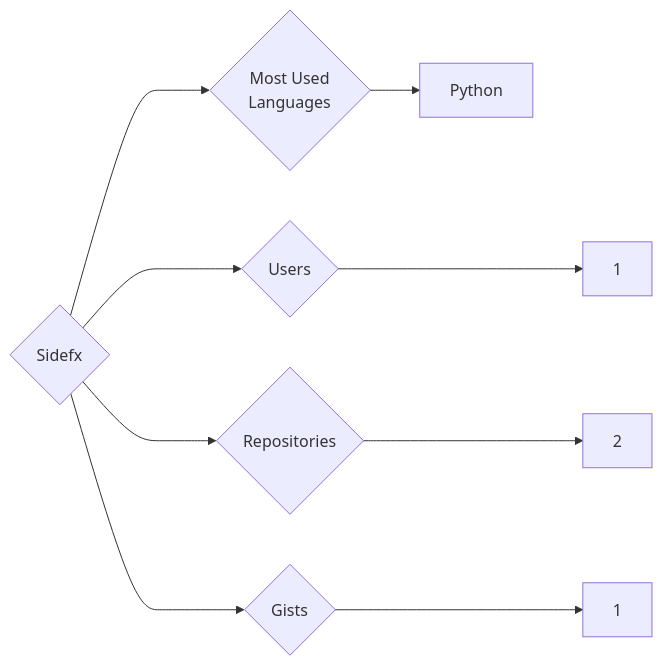
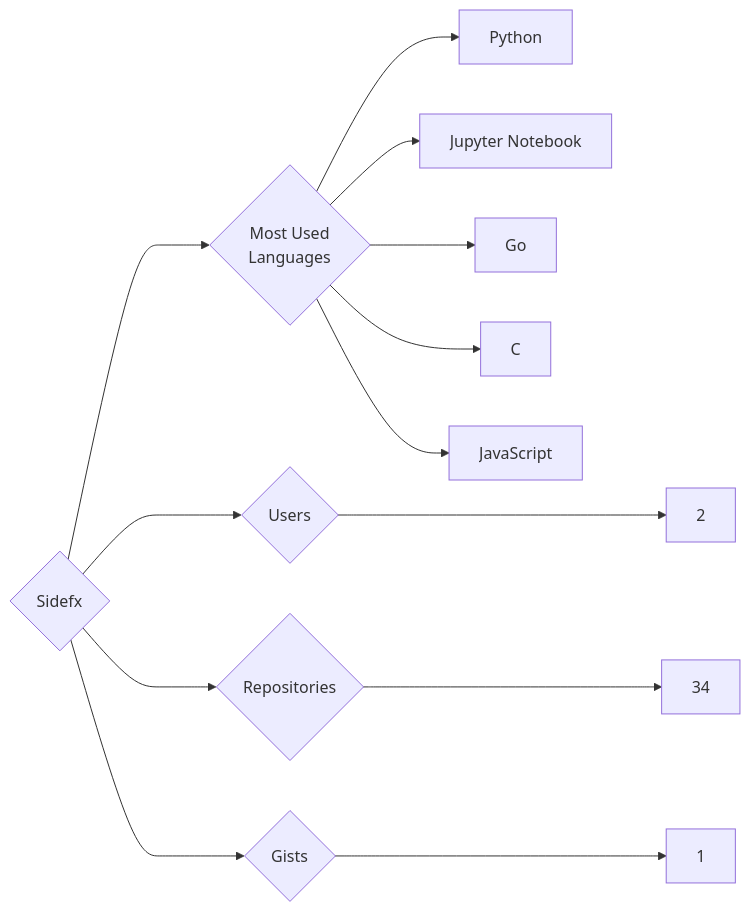
One commit to trickest/insiders changed the diagram in targets/Sidefx/README.md. Above: the diagram before and after it, drawn with Mermaid. The commit also changed 815 other files, not shown here.

````diff
--- a/targets/Sidefx/README.md
+++ b/targets/Sidefx/README.md
@@ -3,9 +3,13 @@
 ```mermaid
 graph LR
 COMPANY_NAME{Sidefx}
-COMPANY_NAME ---> U{Users} ---> UN[1]
-COMPANY_NAME ---> R{Repositories} ---> RN[2]
+COMPANY_NAME ---> U{Users} ---> UN[2]
+COMPANY_NAME ---> R{Repositories} ---> RN[34]
 COMPANY_NAME ---> G{Gists} ---> GN[1]
 COMPANY_NAME ---> ML{Most Used<br>Languages}
 ML --> Python[Python]
+ML --> Jupyter_Notebook[Jupyter Notebook]
+ML --> Go[Go]
+ML --> C[C]
+ML --> JavaScript[JavaScript]
 ```
````
